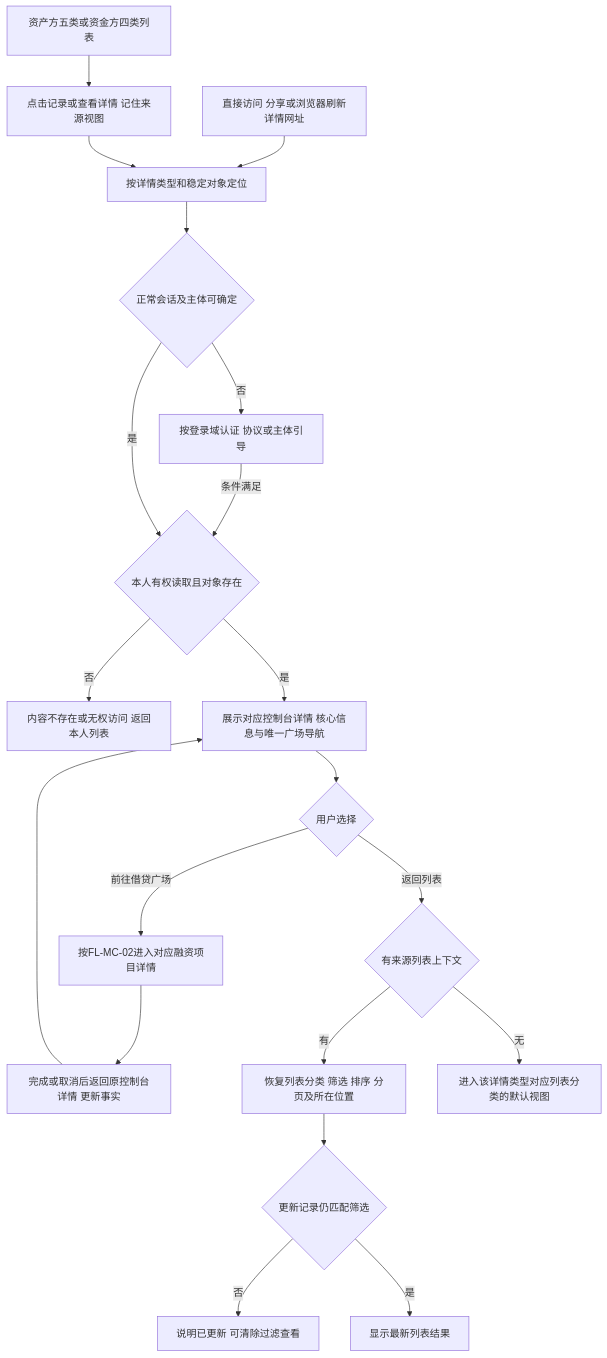
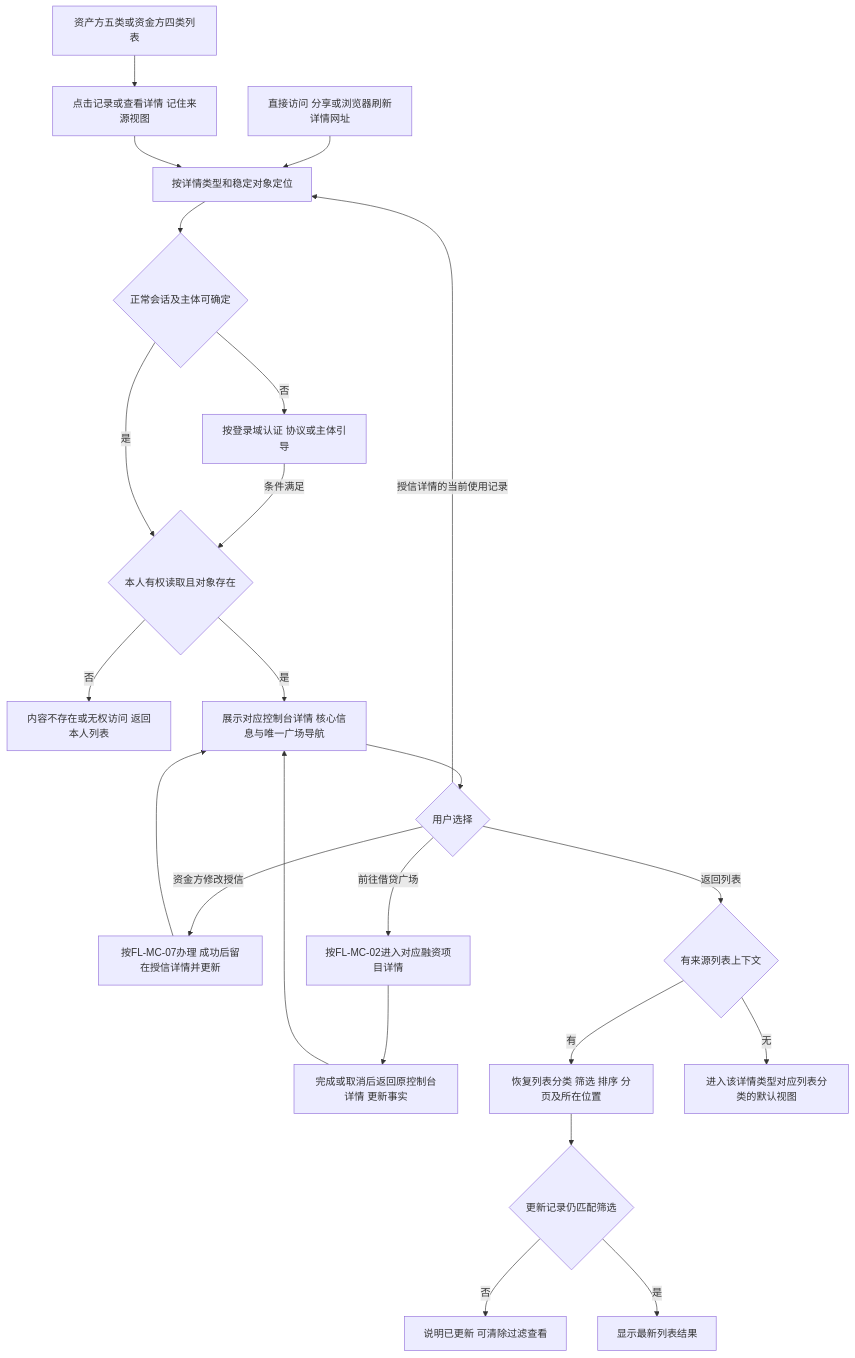
One commit to wxblockchain/Chain-Financing changed the eighth of 12 diagrams in lending-platform/PRD/面客端/09-我的控制台/02-我的控制台-流程图与状态机.md. Above: the diagram before and after it, drawn with Mermaid. The commit also changed other lines of this file and 12 other files, not shown here.

````diff
--- a/lending-platform/PRD/面客端/09-我的控制台/02-我的控制台-流程图与状态机.md
+++ b/lending-platform/PRD/面客端/09-我的控制台/02-我的控制台-流程图与状态机.md
@@ -202,22 +206,25 @@
 ```mermaid
 flowchart TD
   A[资产方五类或资金方四类列表] --> B[点击记录或查看详情 记住来源视图]
   C[直接访问 分享或浏览器刷新详情网址] --> D[按详情类型和稳定对象定位]
   B --> D
   D --> E{正常会话及主体可确定}
   E -- 否 --> F[按登录域认证 协议或主体引导]
   F -- 条件满足 --> G{本人有权读取且对象存在}
   E -- 是 --> G
   G -- 否 --> H[内容不存在或无权访问 返回本人列表]
   G -- 是 --> I[展示对应控制台详情 核心信息与唯一广场导航]
   I --> J{用户选择}
+  J -- 授信详情的当前使用记录 --> D
+  J -- 资金方修改授信 --> S[按FL-MC-07办理 成功后留在授信详情并更新]
+  S --> I
   J -- 前往借贷广场 --> K[按FL-MC-02进入对应融资项目详情]
   K --> L[完成或取消后返回原控制台详情 更新事实]
   L --> I
   J -- 返回列表 --> M{有来源列表上下文}
   M -- 有 --> N[恢复列表分类 筛选 排序 分页及所在位置]
   M -- 无 --> O[进入该详情类型对应列表分类的默认视图]
   N --> P{更新记录仍匹配筛选}
   P -- 否 --> Q[说明已更新 可清除过滤查看]
   P -- 是 --> R[显示最新列表结果]
 ```
````
